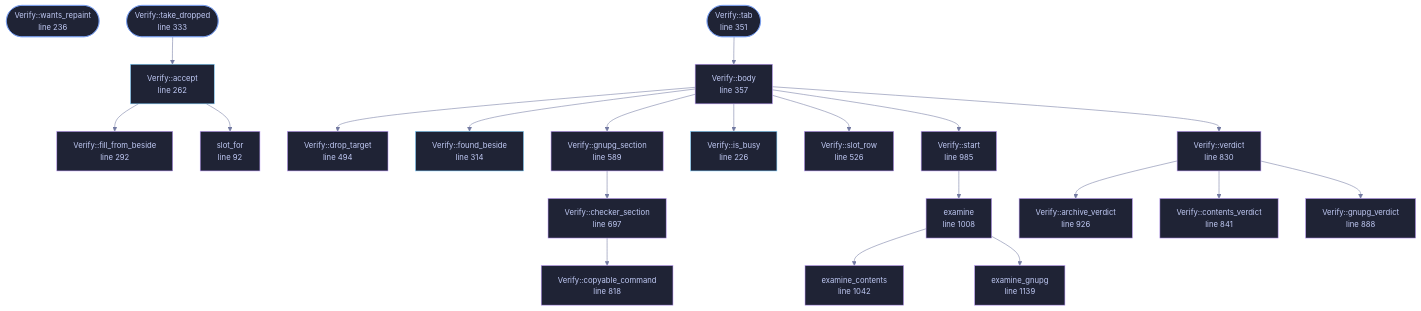
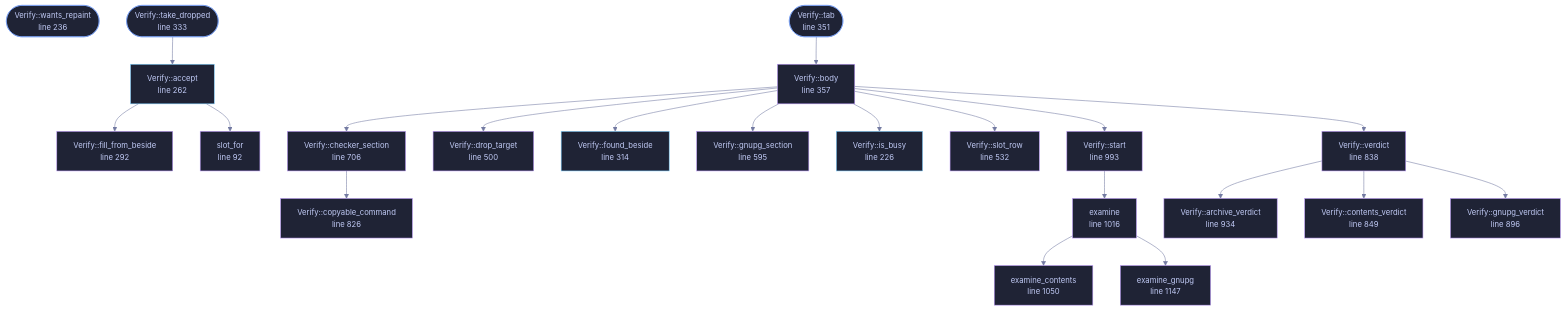
Before and after one commit to tilas01/veilvoice: the diagram in docs/files/veilvoice-gui/verify.md, drawn with Mermaid. The commit also changed other lines of this file and 118 other files, not shown here.

````diff
--- a/docs/files/veilvoice-gui/verify.md
+++ b/docs/files/veilvoice-gui/verify.md
@@ -135,73 +135,73 @@
 ```mermaid
 %%{init: {"theme":"base","themeVariables":{"background":"#1a1b26","primaryColor":"#1f2335","primaryTextColor":"#c0caf5","primaryBorderColor":"#7aa2f7","secondaryColor":"#16161e","tertiaryColor":"#16161e","lineColor":"#737aa2","textColor":"#c0caf5","mainBkg":"#1f2335","nodeBorder":"#7aa2f7","clusterBkg":"#16161e","clusterBorder":"#2f3549","fontFamily":"ui-monospace, SFMono-Regular, Consolas, monospace","fontSize":"14px"}}}%%
 flowchart TD
     n_slot_for["slot_for<br/>line 92"]
     n_is_busy["Verify::is_busy<br/>line 226"]
     n_wants_repaint(["Verify::wants_repaint<br/>line 236"])
     n_accept["Verify::accept<br/>line 262"]
     n_fill_from_beside["Verify::fill_from_beside<br/>line 292"]
     n_found_beside["Verify::found_beside<br/>line 314"]
     n_take_dropped(["Verify::take_dropped<br/>line 333"])
     n_tab(["Verify::tab<br/>line 351"])
     n_body["Verify::body<br/>line 357"]
-    n_drop_target["Verify::drop_target<br/>line 494"]
-    n_slot_row["Verify::slot_row<br/>line 526"]
-    n_gnupg_section["Verify::gnupg_section<br/>line 589"]
-    n_checker_section["Verify::checker_section<br/>line 697"]
-    n_copyable_command["Verify::copyable_command<br/>line 818"]
-    n_verdict["Verify::verdict<br/>line 830"]
-    n_contents_verdict["Verify::contents_verdict<br/>line 841"]
-    n_gnupg_verdict["Verify::gnupg_verdict<br/>line 888"]
-    n_archive_verdict["Verify::archive_verdict<br/>line 926"]
-    n_start["Verify::start<br/>line 985"]
-    n_examine["examine<br/>line 1008"]
-    n_examine_contents["examine_contents<br/>line 1042"]
-    n_examine_gnupg["examine_gnupg<br/>line 1139"]
+    n_drop_target["Verify::drop_target<br/>line 500"]
+    n_slot_row["Verify::slot_row<br/>line 532"]
+    n_gnupg_section["Verify::gnupg_section<br/>line 595"]
+    n_checker_section["Verify::checker_section<br/>line 706"]
+    n_copyable_command["Verify::copyable_command<br/>line 826"]
+    n_verdict["Verify::verdict<br/>line 838"]
+    n_contents_verdict["Verify::contents_verdict<br/>line 849"]
+    n_gnupg_verdict["Verify::gnupg_verdict<br/>line 896"]
+    n_archive_verdict["Verify::archive_verdict<br/>line 934"]
+    n_start["Verify::start<br/>line 993"]
+    n_examine["examine<br/>line 1016"]
+    n_examine_contents["examine_contents<br/>line 1050"]
+    n_examine_gnupg["examine_gnupg<br/>line 1147"]
     n_accept --> n_fill_from_beside
     n_accept --> n_slot_for
+    n_body --> n_checker_section
     n_body --> n_drop_target
     n_body --> n_found_beside
     n_body --> n_gnupg_section
     n_body --> n_is_busy
     n_body --> n_slot_row
     n_body --> n_start
     n_body --> n_verdict
     n_checker_section --> n_copyable_command
     n_examine --> n_examine_contents
     n_examine --> n_examine_gnupg
-    n_gnupg_section --> n_checker_section
     n_start --> n_examine
     n_tab --> n_body
     n_take_dropped --> n_accept
     n_verdict --> n_archive_verdict
     n_verdict --> n_contents_verdict
     n_verdict --> n_gnupg_verdict
     click n_slot_for href "https://github.com/tilas01/veilvoice/blob/main/crates/veilvoice-gui/src/verify.rs#L92" "open the source"
     click n_is_busy href "https://github.com/tilas01/veilvoice/blob/main/crates/veilvoice-gui/src/verify.rs#L226" "open the source"
     click n_wants_repaint href "https://github.com/tilas01/veilvoice/blob/main/crates/veilvoice-gui/src/verify.rs#L236" "open the source"
     click n_accept href "https://github.com/tilas01/veilvoice/blob/main/crates/veilvoice-gui/src/verify.rs#L262" "open the source"
     click n_fill_from_beside href "https://github.com/tilas01/veilvoice/blob/main/crates/veilvoice-gui/src/verify.rs#L292" "open the source"
     click n_found_beside href "https://github.com/tilas01/veilvoice/blob/main/crates/veilvoice-gui/src/verify.rs#L314" "open the source"
     click n_take_dropped href "https://github.com/tilas01/veilvoice/blob/main/crates/veilvoice-gui/src/verify.rs#L333" "open the source"
     click n_tab href "https://github.com/tilas01/veilvoice/blob/main/crates/veilvoice-gui/src/verify.rs#L351" "open the source"
     click n_body href "https://github.com/tilas01/veilvoice/blob/main/crates/veilvoice-gui/src/verify.rs#L357" "open the source"
-    click n_drop_target href "https://github.com/tilas01/veilvoice/blob/main/crates/veilvoice-gui/src/verify.rs#L494" "open the source"
-    click n_slot_row href "https://github.com/tilas01/veilvoice/blob/main/crates/veilvoice-gui/src/verify.rs#L526" "open the source"
-    click n_gnupg_section href "https://github.com/tilas01/veilvoice/blob/main/crates/veilvoice-gui/src/verify.rs#L589" "open the source"
-    click n_checker_section href "https://github.com/tilas01/veilvoice/blob/main/crates/veilvoice-gui/src/verify.rs#L697" "open the source"
-    click n_copyable_command href "https://github.com/tilas01/veilvoice/blob/main/crates/veilvoice-gui/src/verify.rs#L818" "open the source"
-    click n_verdict href "https://github.com/tilas01/veilvoice/blob/main/crates/veilvoice-gui/src/verify.rs#L830" "open the source"
-    click n_contents_verdict href "https://github.com/tilas01/veilvoice/blob/main/crates/veilvoice-gui/src/verify.rs#L841" "open the source"
-    click n_gnupg_verdict href "https://github.com/tilas01/veilvoice/blob/main/crates/veilvoice-gui/src/verify.rs#L888" "open the source"
-    click n_archive_verdict href "https://github.com/tilas01/veilvoice/blob/main/crates/veilvoice-gui/src/verify.rs#L926" "open the source"
-    click n_start href "https://github.com/tilas01/veilvoice/blob/main/crates/veilvoice-gui/src/verify.rs#L985" "open the source"
-    click n_examine href "https://github.com/tilas01/veilvoice/blob/main/crates/veilvoice-gui/src/verify.rs#L1008" "open the source"
-    click n_examine_contents href "https://github.com/tilas01/veilvoice/blob/main/crates/veilvoice-gui/src/verify.rs#L1042" "open the source"
-    click n_examine_gnupg href "https://github.com/tilas01/veilvoice/blob/main/crates/veilvoice-gui/src/verify.rs#L1139" "open the source"
+    click n_drop_target href "https://github.com/tilas01/veilvoice/blob/main/crates/veilvoice-gui/src/verify.rs#L500" "open the source"
+    click n_slot_row href "https://github.com/tilas01/veilvoice/blob/main/crates/veilvoice-gui/src/verify.rs#L532" "open the source"
+    click n_gnupg_section href "https://github.com/tilas01/veilvoice/blob/main/crates/veilvoice-gui/src/verify.rs#L595" "open the source"
+    click n_checker_section href "https://github.com/tilas01/veilvoice/blob/main/crates/veilvoice-gui/src/verify.rs#L706" "open the source"
+    click n_copyable_command href "https://github.com/tilas01/veilvoice/blob/main/crates/veilvoice-gui/src/verify.rs#L826" "open the source"
+    click n_verdict href "https://github.com/tilas01/veilvoice/blob/main/crates/veilvoice-gui/src/verify.rs#L838" "open the source"
+    click n_contents_verdict href "https://github.com/tilas01/veilvoice/blob/main/crates/veilvoice-gui/src/verify.rs#L849" "open the source"
+    click n_gnupg_verdict href "https://github.com/tilas01/veilvoice/blob/main/crates/veilvoice-gui/src/verify.rs#L896" "open the source"
+    click n_archive_verdict href "https://github.com/tilas01/veilvoice/blob/main/crates/veilvoice-gui/src/verify.rs#L934" "open the source"
+    click n_start href "https://github.com/tilas01/veilvoice/blob/main/crates/veilvoice-gui/src/verify.rs#L993" "open the source"
+    click n_examine href "https://github.com/tilas01/veilvoice/blob/main/crates/veilvoice-gui/src/verify.rs#L1016" "open the source"
+    click n_examine_contents href "https://github.com/tilas01/veilvoice/blob/main/crates/veilvoice-gui/src/verify.rs#L1050" "open the source"
+    click n_examine_gnupg href "https://github.com/tilas01/veilvoice/blob/main/crates/veilvoice-gui/src/verify.rs#L1147" "open the source"
     classDef entry fill:#1f2335,stroke:#7aa2f7,color:#c0caf5
     class n_wants_repaint,n_take_dropped,n_tab entry
     classDef api fill:#1f2335,stroke:#7dcfff,color:#c0caf5
     class n_is_busy,n_accept,n_found_beside api
     classDef helper fill:#1f2335,stroke:#bb9af7,color:#c0caf5
     class n_slot_for,n_fill_from_beside,n_body,n_drop_target,n_slot_row,n_gnupg_section,n_checker_section,n_copyable_command,n_verdict,n_contents_verdict,n_gnupg_verdict,n_archive_verdict,n_start,n_examine,n_examine_contents,n_examine_gnupg helper
 ```
````
